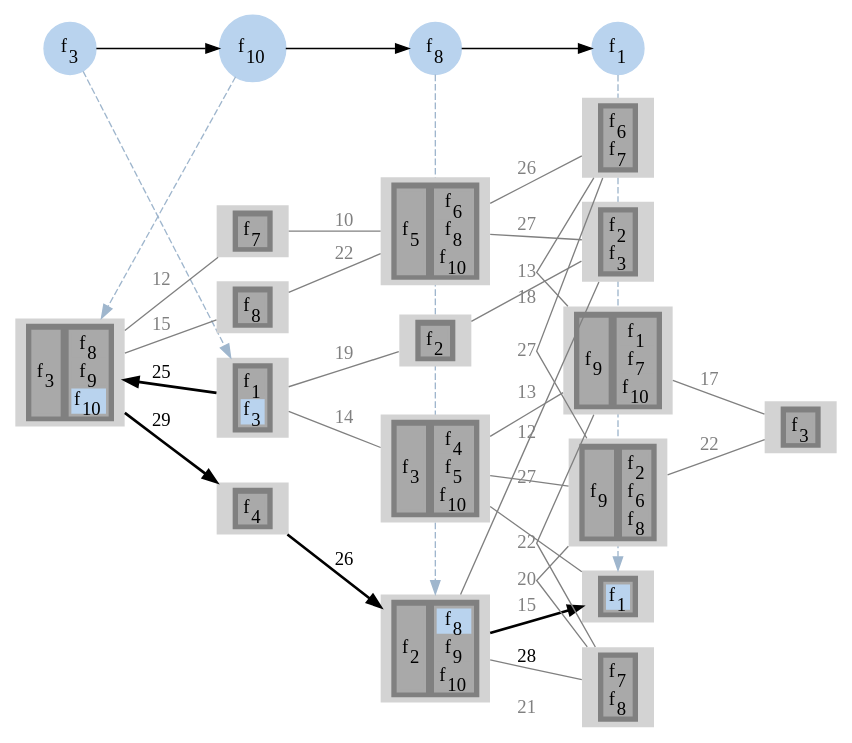
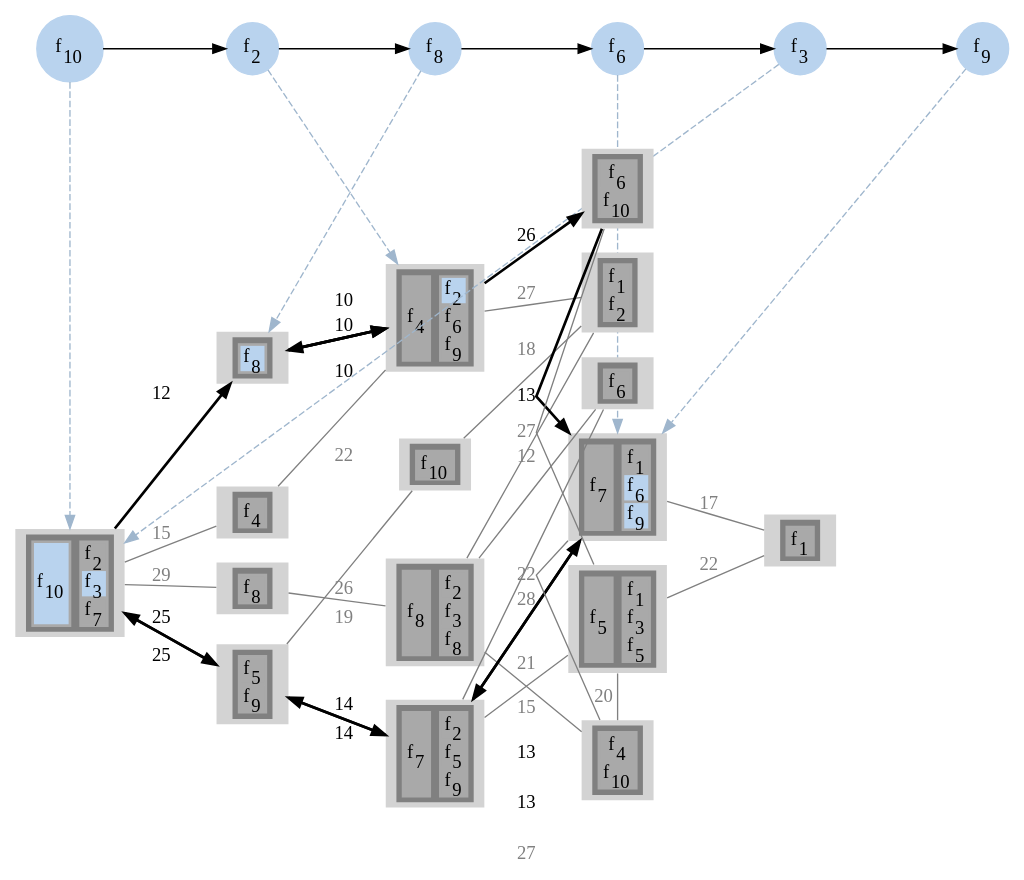
Before and after one commit to prateekshyap/SFC_Placement_in_VNF: the diagram in output/sevenReliabilityOne/gv/sfcAssgn16.gv, drawn with Graphviz. The commit also changed 27 other files, not shown here.

```diff
--- a/output/sevenReliabilityOne/gv/sfcAssgn16.gv
+++ b/output/sevenReliabilityOne/gv/sfcAssgn16.gv
@@ -5,17 +5,23 @@
 subgraph sfc
 {
 node [shape=circle]
+{rank = same; f10; };
+{rank = same; f2; };
+{rank = same; f8; };
+{rank = same; f6; };
 {rank = same; f3; };
-{rank = same; f10; };
-{rank = same; f8; };
-{rank = same; f1; };
+{rank = same; f9; };
+f10[style=filled label=<f<SUB>10</SUB>> color="slategray2"]
+f2[style=filled label=<f<SUB>2</SUB>> color="slategray2"]
+f8[style=filled label=<f<SUB>8</SUB>> color="slategray2"]
+f6[style=filled label=<f<SUB>6</SUB>> color="slategray2"]
 f3[style=filled label=<f<SUB>3</SUB>> color="slategray2"]
-f10[style=filled label=<f<SUB>10</SUB>> color="slategray2"]
-f8[style=filled label=<f<SUB>8</SUB>> color="slategray2"]
-f1[style=filled label=<f<SUB>1</SUB>> color="slategray2"]
-f3 -> f10
-f10 -> f8
-f8 -> f1
+f9[style=filled label=<f<SUB>9</SUB>> color="slategray2"]
+f10 -> f2
+f2 -> f8
+f8 -> f6
+f6 -> f3
+f3 -> f9
 }
 subgraph network
 {
@@ -25,14 +31,120 @@
 {rank = same; 4; 6; 7; 9; };
 {rank = same; 5; 11; 10; 14; 12; 13; };
 {rank = same; 16; };
-8[style=filled
+1[style=filled
 label=<
 <TABLE BORDER="0" BGCOLOR="gray">
 <TR>
 <TD>
 <TABLE BORDER="0" BGCOLOR="darkgray">
-<TR><TD PORT="f3" BGCOLOR="darkgray">f<SUB>1</SUB></TD></TR>
+<TR><TD PORT="f35" BGCOLOR="slategray2">f<SUB>10</SUB></TD></TR>
+</TABLE>
+</TD>
+<TD>
+<TABLE BORDER="0" BGCOLOR="darkgray">
+<TR><TD PORT="f7" BGCOLOR="darkgray">f<SUB>2</SUB></TD></TR>
 <TR><TD PORT="f11" BGCOLOR="slategray2">f<SUB>3</SUB></TD></TR>
+<TR><TD PORT="f26" BGCOLOR="darkgray">f<SUB>7</SUB></TD></TR>
+</TABLE>
+</TD>
+</TR>
+</TABLE>>]
+
+4[style=filled
+label=<
+<TABLE BORDER="0" BGCOLOR="gray">
+<TR>
+<TD>
+<TABLE BORDER="0" BGCOLOR="darkgray">
+<TR><TD PORT="f15" BGCOLOR="darkgray">f<SUB>4</SUB></TD></TR>
+</TABLE>
+</TD>
+<TD>
+<TABLE BORDER="0" BGCOLOR="darkgray">
+<TR><TD PORT="f8" BGCOLOR="slategray2">f<SUB>2</SUB></TD></TR>
+<TR><TD PORT="f21" BGCOLOR="darkgray">f<SUB>6</SUB></TD></TR>
+<TR><TD PORT="f31" BGCOLOR="darkgray">f<SUB>9</SUB></TD></TR>
+</TABLE>
+</TD>
+</TR>
+</TABLE>>]
+
+4[style=filled
+label=<
+<TABLE BORDER="0" BGCOLOR="gray">
+<TR>
+<TD>
+<TABLE BORDER="0" BGCOLOR="darkgray">
+<TR><TD PORT="f15" BGCOLOR="darkgray">f<SUB>4</SUB></TD></TR>
+</TABLE>
+</TD>
+<TD>
+<TABLE BORDER="0" BGCOLOR="darkgray">
+<TR><TD PORT="f8" BGCOLOR="slategray2">f<SUB>2</SUB></TD></TR>
+<TR><TD PORT="f21" BGCOLOR="darkgray">f<SUB>6</SUB></TD></TR>
+<TR><TD PORT="f31" BGCOLOR="darkgray">f<SUB>9</SUB></TD></TR>
+</TABLE>
+</TD>
+</TR>
+</TABLE>>]
+
+2[style=filled
+label=<
+<TABLE BORDER="0" BGCOLOR="gray">
+<TR>
+<TD>
+<TABLE BORDER="0" BGCOLOR="darkgray">
+<TR><TD PORT="f28" BGCOLOR="slategray2">f<SUB>8</SUB></TD></TR>
+</TABLE>
+</TD>
+</TR>
+</TABLE>>]
+
+2[style=filled
+label=<
+<TABLE BORDER="0" BGCOLOR="gray">
+<TR>
+<TD>
+<TABLE BORDER="0" BGCOLOR="darkgray">
+<TR><TD PORT="f28" BGCOLOR="slategray2">f<SUB>8</SUB></TD></TR>
+</TABLE>
+</TD>
+</TR>
+</TABLE>>]
+
+12[style=filled
+label=<
+<TABLE BORDER="0" BGCOLOR="gray">
+<TR>
+<TD>
+<TABLE BORDER="0" BGCOLOR="darkgray">
+<TR><TD PORT="f25" BGCOLOR="darkgray">f<SUB>7</SUB></TD></TR>
+</TABLE>
+</TD>
+<TD>
+<TABLE BORDER="0" BGCOLOR="darkgray">
+<TR><TD PORT="f2" BGCOLOR="darkgray">f<SUB>1</SUB></TD></TR>
+<TR><TD PORT="f22" BGCOLOR="slategray2">f<SUB>6</SUB></TD></TR>
+<TR><TD PORT="f33" BGCOLOR="slategray2">f<SUB>9</SUB></TD></TR>
+</TABLE>
+</TD>
+</TR>
+</TABLE>>]
+
+12[style=filled
+label=<
+<TABLE BORDER="0" BGCOLOR="gray">
+<TR>
+<TD>
+<TABLE BORDER="0" BGCOLOR="darkgray">
+<TR><TD PORT="f25" BGCOLOR="darkgray">f<SUB>7</SUB></TD></TR>
+</TABLE>
+</TD>
+<TD>
+<TABLE BORDER="0" BGCOLOR="darkgray">
+<TR><TD PORT="f2" BGCOLOR="darkgray">f<SUB>1</SUB></TD></TR>
+<TR><TD PORT="f22" BGCOLOR="slategray2">f<SUB>6</SUB></TD></TR>
+<TR><TD PORT="f33" BGCOLOR="slategray2">f<SUB>9</SUB></TD></TR>
 </TABLE>
 </TD>
 </TR>
@@ -44,33 +156,51 @@
 <TR>
 <TD>
 <TABLE BORDER="0" BGCOLOR="darkgray">
-<TR><TD PORT="f10" BGCOLOR="darkgray">f<SUB>3</SUB></TD></TR>
+<TR><TD PORT="f35" BGCOLOR="slategray2">f<SUB>10</SUB></TD></TR>
 </TABLE>
 </TD>
 <TD>
 <TABLE BORDER="0" BGCOLOR="darkgray">
-<TR><TD PORT="f28" BGCOLOR="darkgray">f<SUB>8</SUB></TD></TR>
-<TR><TD PORT="f32" BGCOLOR="darkgray">f<SUB>9</SUB></TD></TR>
-<TR><TD PORT="f36" BGCOLOR="slategray2">f<SUB>10</SUB></TD></TR>
+<TR><TD PORT="f7" BGCOLOR="darkgray">f<SUB>2</SUB></TD></TR>
+<TR><TD PORT="f11" BGCOLOR="slategray2">f<SUB>3</SUB></TD></TR>
+<TR><TD PORT="f26" BGCOLOR="darkgray">f<SUB>7</SUB></TD></TR>
 </TABLE>
 </TD>
 </TR>
 </TABLE>>]
 
-1[style=filled
+3[style=filled
 label=<
 <TABLE BORDER="0" BGCOLOR="gray">
 <TR>
 <TD>
 <TABLE BORDER="0" BGCOLOR="darkgray">
-<TR><TD PORT="f10" BGCOLOR="darkgray">f<SUB>3</SUB></TD></TR>
+<TR><TD PORT="f29" BGCOLOR="darkgray">f<SUB>8</SUB></TD></TR>
 </TABLE>
 </TD>
+</TR>
+</TABLE>>]
+
+8[style=filled
+label=<
+<TABLE BORDER="0" BGCOLOR="gray">
+<TR>
 <TD>
 <TABLE BORDER="0" BGCOLOR="darkgray">
-<TR><TD PORT="f28" BGCOLOR="darkgray">f<SUB>8</SUB></TD></TR>
-<TR><TD PORT="f32" BGCOLOR="darkgray">f<SUB>9</SUB></TD></TR>
-<TR><TD PORT="f36" BGCOLOR="slategray2">f<SUB>10</SUB></TD></TR>
+<TR><TD PORT="f17" BGCOLOR="darkgray">f<SUB>5</SUB></TD></TR>
+<TR><TD PORT="f34" BGCOLOR="darkgray">f<SUB>9</SUB></TD></TR>
+</TABLE>
+</TD>
+</TR>
+</TABLE>>]
+
+15[style=filled
+label=<
+<TABLE BORDER="0" BGCOLOR="gray">
+<TR>
+<TD>
+<TABLE BORDER="0" BGCOLOR="darkgray">
+<TR><TD PORT="f14" BGCOLOR="darkgray">f<SUB>4</SUB></TD></TR>
 </TABLE>
 </TD>
 </TR>
@@ -82,33 +212,52 @@
 <TR>
 <TD>
 <TABLE BORDER="0" BGCOLOR="darkgray">
-<TR><TD PORT="f6" BGCOLOR="darkgray">f<SUB>2</SUB></TD></TR>
+<TR><TD PORT="f27" BGCOLOR="darkgray">f<SUB>8</SUB></TD></TR>
 </TABLE>
 </TD>
 <TD>
 <TABLE BORDER="0" BGCOLOR="darkgray">
-<TR><TD PORT="f24" BGCOLOR="slategray2">f<SUB>8</SUB></TD></TR>
-<TR><TD PORT="f30" BGCOLOR="darkgray">f<SUB>9</SUB></TD></TR>
-<TR><TD PORT="f34" BGCOLOR="darkgray">f<SUB>10</SUB></TD></TR>
+<TR><TD PORT="f9" BGCOLOR="darkgray">f<SUB>2</SUB></TD></TR>
+<TR><TD PORT="f10" BGCOLOR="darkgray">f<SUB>3</SUB></TD></TR>
+<TR><TD PORT="f30" BGCOLOR="darkgray">f<SUB>8</SUB></TD></TR>
 </TABLE>
 </TD>
 </TR>
 </TABLE>>]
 
-6[style=filled
+5[style=filled
 label=<
 <TABLE BORDER="0" BGCOLOR="gray">
 <TR>
 <TD>
 <TABLE BORDER="0" BGCOLOR="darkgray">
-<TR><TD PORT="f6" BGCOLOR="darkgray">f<SUB>2</SUB></TD></TR>
+<TR><TD PORT="f1" BGCOLOR="darkgray">f<SUB>1</SUB></TD></TR>
+<TR><TD PORT="f5" BGCOLOR="darkgray">f<SUB>2</SUB></TD></TR>
 </TABLE>
 </TD>
+</TR>
+</TABLE>>]
+
+11[style=filled
+label=<
+<TABLE BORDER="0" BGCOLOR="gray">
+<TR>
 <TD>
 <TABLE BORDER="0" BGCOLOR="darkgray">
-<TR><TD PORT="f24" BGCOLOR="slategray2">f<SUB>8</SUB></TD></TR>
-<TR><TD PORT="f30" BGCOLOR="darkgray">f<SUB>9</SUB></TD></TR>
-<TR><TD PORT="f34" BGCOLOR="darkgray">f<SUB>10</SUB></TD></TR>
+<TR><TD PORT="f23" BGCOLOR="darkgray">f<SUB>6</SUB></TD></TR>
+<TR><TD PORT="f38" BGCOLOR="darkgray">f<SUB>10</SUB></TD></TR>
+</TABLE>
+</TD>
+</TR>
+</TABLE>>]
+
+7[style=filled
+label=<
+<TABLE BORDER="0" BGCOLOR="gray">
+<TR>
+<TD>
+<TABLE BORDER="0" BGCOLOR="darkgray">
+<TR><TD PORT="f37" BGCOLOR="darkgray">f<SUB>10</SUB></TD></TR>
 </TABLE>
 </TD>
 </TR>
@@ -120,100 +269,7 @@
 <TR>
 <TD>
 <TABLE BORDER="0" BGCOLOR="darkgray">
-<TR><TD PORT="f2" BGCOLOR="slategray2">f<SUB>1</SUB></TD></TR>
-</TABLE>
-</TD>
-</TR>
-</TABLE>>]
-
-2[style=filled
-label=<
-<TABLE BORDER="0" BGCOLOR="gray">
-<TR>
-<TD>
-<TABLE BORDER="0" BGCOLOR="darkgray">
-<TR><TD PORT="f21" BGCOLOR="darkgray">f<SUB>7</SUB></TD></TR>
-</TABLE>
-</TD>
-</TR>
-</TABLE>>]
-
-3[style=filled
-label=<
-<TABLE BORDER="0" BGCOLOR="gray">
-<TR>
-<TD>
-<TABLE BORDER="0" BGCOLOR="darkgray">
-<TR><TD PORT="f14" BGCOLOR="darkgray">f<SUB>4</SUB></TD></TR>
-</TABLE>
-</TD>
-</TR>
-</TABLE>>]
-
-15[style=filled
-label=<
-<TABLE BORDER="0" BGCOLOR="gray">
-<TR>
-<TD>
-<TABLE BORDER="0" BGCOLOR="darkgray">
-<TR><TD PORT="f29" BGCOLOR="darkgray">f<SUB>8</SUB></TD></TR>
-</TABLE>
-</TD>
-</TR>
-</TABLE>>]
-
-4[style=filled
-label=<
-<TABLE BORDER="0" BGCOLOR="gray">
-<TR>
-<TD>
-<TABLE BORDER="0" BGCOLOR="darkgray">
-<TR><TD PORT="f16" BGCOLOR="darkgray">f<SUB>5</SUB></TD></TR>
-</TABLE>
-</TD>
-<TD>
-<TABLE BORDER="0" BGCOLOR="darkgray">
-<TR><TD PORT="f19" BGCOLOR="darkgray">f<SUB>6</SUB></TD></TR>
-<TR><TD PORT="f26" BGCOLOR="darkgray">f<SUB>8</SUB></TD></TR>
-<TR><TD PORT="f38" BGCOLOR="darkgray">f<SUB>10</SUB></TD></TR>
-</TABLE>
-</TD>
-</TR>
-</TABLE>>]
-
-5[style=filled
-label=<
-<TABLE BORDER="0" BGCOLOR="gray">
-<TR>
-<TD>
-<TABLE BORDER="0" BGCOLOR="darkgray">
-<TR><TD PORT="f4" BGCOLOR="darkgray">f<SUB>2</SUB></TD></TR>
-<TR><TD PORT="f8" BGCOLOR="darkgray">f<SUB>3</SUB></TD></TR>
-</TABLE>
-</TD>
-</TR>
-</TABLE>>]
-
-11[style=filled
-label=<
-<TABLE BORDER="0" BGCOLOR="gray">
-<TR>
-<TD>
-<TABLE BORDER="0" BGCOLOR="darkgray">
-<TR><TD PORT="f18" BGCOLOR="darkgray">f<SUB>6</SUB></TD></TR>
-<TR><TD PORT="f22" BGCOLOR="darkgray">f<SUB>7</SUB></TD></TR>
-</TABLE>
-</TD>
-</TR>
-</TABLE>>]
-
-7[style=filled
-label=<
-<TABLE BORDER="0" BGCOLOR="gray">
-<TR>
-<TD>
-<TABLE BORDER="0" BGCOLOR="darkgray">
-<TR><TD PORT="f7" BGCOLOR="darkgray">f<SUB>2</SUB></TD></TR>
+<TR><TD PORT="f20" BGCOLOR="darkgray">f<SUB>6</SUB></TD></TR>
 </TABLE>
 </TD>
 </TR>
@@ -225,8 +281,8 @@
 <TR>
 <TD>
 <TABLE BORDER="0" BGCOLOR="darkgray">
-<TR><TD PORT="f20" BGCOLOR="darkgray">f<SUB>7</SUB></TD></TR>
-<TR><TD PORT="f27" BGCOLOR="darkgray">f<SUB>8</SUB></TD></TR>
+<TR><TD PORT="f13" BGCOLOR="darkgray">f<SUB>4</SUB></TD></TR>
+<TR><TD PORT="f36" BGCOLOR="darkgray">f<SUB>10</SUB></TD></TR>
 </TABLE>
 </TD>
 </TR>
@@ -238,33 +294,14 @@
 <TR>
 <TD>
 <TABLE BORDER="0" BGCOLOR="darkgray">
-<TR><TD PORT="f9" BGCOLOR="darkgray">f<SUB>3</SUB></TD></TR>
+<TR><TD PORT="f24" BGCOLOR="darkgray">f<SUB>7</SUB></TD></TR>
 </TABLE>
 </TD>
 <TD>
 <TABLE BORDER="0" BGCOLOR="darkgray">
-<TR><TD PORT="f13" BGCOLOR="darkgray">f<SUB>4</SUB></TD></TR>
-<TR><TD PORT="f15" BGCOLOR="darkgray">f<SUB>5</SUB></TD></TR>
-<TR><TD PORT="f35" BGCOLOR="darkgray">f<SUB>10</SUB></TD></TR>
-</TABLE>
-</TD>
-</TR>
-</TABLE>>]
-
-12[style=filled
-label=<
-<TABLE BORDER="0" BGCOLOR="gray">
-<TR>
-<TD>
-<TABLE BORDER="0" BGCOLOR="darkgray">
-<TR><TD PORT="f33" BGCOLOR="darkgray">f<SUB>9</SUB></TD></TR>
-</TABLE>
-</TD>
-<TD>
-<TABLE BORDER="0" BGCOLOR="darkgray">
-<TR><TD PORT="f1" BGCOLOR="darkgray">f<SUB>1</SUB></TD></TR>
-<TR><TD PORT="f23" BGCOLOR="darkgray">f<SUB>7</SUB></TD></TR>
-<TR><TD PORT="f37" BGCOLOR="darkgray">f<SUB>10</SUB></TD></TR>
+<TR><TD PORT="f6" BGCOLOR="darkgray">f<SUB>2</SUB></TD></TR>
+<TR><TD PORT="f16" BGCOLOR="darkgray">f<SUB>5</SUB></TD></TR>
+<TR><TD PORT="f32" BGCOLOR="darkgray">f<SUB>9</SUB></TD></TR>
 </TABLE>
 </TD>
 </TR>
@@ -276,14 +313,14 @@
 <TR>
 <TD>
 <TABLE BORDER="0" BGCOLOR="darkgray">
-<TR><TD PORT="f31" BGCOLOR="darkgray">f<SUB>9</SUB></TD></TR>
+<TR><TD PORT="f18" BGCOLOR="darkgray">f<SUB>5</SUB></TD></TR>
 </TABLE>
 </TD>
 <TD>
 <TABLE BORDER="0" BGCOLOR="darkgray">
-<TR><TD PORT="f5" BGCOLOR="darkgray">f<SUB>2</SUB></TD></TR>
-<TR><TD PORT="f17" BGCOLOR="darkgray">f<SUB>6</SUB></TD></TR>
-<TR><TD PORT="f25" BGCOLOR="darkgray">f<SUB>8</SUB></TD></TR>
+<TR><TD PORT="f3" BGCOLOR="darkgray">f<SUB>1</SUB></TD></TR>
+<TR><TD PORT="f12" BGCOLOR="darkgray">f<SUB>3</SUB></TD></TR>
+<TR><TD PORT="f19" BGCOLOR="darkgray">f<SUB>5</SUB></TD></TR>
 </TABLE>
 </TD>
 </TR>
@@ -295,31 +332,36 @@
 <TR>
 <TD>
 <TABLE BORDER="0" BGCOLOR="darkgray">
-<TR><TD PORT="f12" BGCOLOR="darkgray">f<SUB>3</SUB></TD></TR>
+<TR><TD PORT="f4" BGCOLOR="darkgray">f<SUB>1</SUB></TD></TR>
 </TABLE>
 </TD>
 </TR>
 </TABLE>>]
 
+1 -> 2[label="12" color="black" penwidth=2]
+2 -> 4[label="10" color="black" penwidth=2]
+4 -> 2[label="10" color="black" penwidth=2]
+2 -> 4[label="10" color="black" penwidth=2]
+4 -> 11[label="26" color="black" penwidth=2]
+11 -> 12[label="13" color="black" penwidth=2]
+12 -> 9[label="13" color="black" penwidth=2]
+9 -> 8[label="14" color="black" penwidth=2]
 8 -> 1[label="25" color="black" penwidth=2]
-1 -> 3[label="29" color="black" penwidth=2]
-3 -> 6[label="26" color="black" penwidth=2]
-6 -> 10[label="28" color="black" penwidth=2]
-1 -> 2[label="12" color="gray" fontcolor="gray" dir = none]
+1 -> 8[label="25" color="black" penwidth=2]
+8 -> 9[label="14" color="black" penwidth=2]
+9 -> 12[label="13" color="black" penwidth=2]
+1 -> 3[label="29" color="gray" fontcolor="gray" dir = none]
 1 -> 15[label="15" color="gray" fontcolor="gray" dir = none]
-2 -> 4[label="10" color="gray" fontcolor="gray" dir = none]
+3 -> 6[label="26" color="gray" fontcolor="gray" dir = none]
 4 -> 5[label="27" color="gray" fontcolor="gray" dir = none]
-4 -> 11[label="26" color="gray" fontcolor="gray" dir = none]
 4 -> 15[label="22" color="gray" fontcolor="gray" dir = none]
 5 -> 6[label="12" color="gray" fontcolor="gray" dir = none]
 5 -> 7[label="18" color="gray" fontcolor="gray" dir = none]
+6 -> 10[label="28" color="gray" fontcolor="gray" dir = none]
 6 -> 14[label="21" color="gray" fontcolor="gray" dir = none]
 7 -> 8[label="19" color="gray" fontcolor="gray" dir = none]
-8 -> 9[label="14" color="gray" fontcolor="gray" dir = none]
 9 -> 10[label="15" color="gray" fontcolor="gray" dir = none]
-9 -> 12[label="13" color="gray" fontcolor="gray" dir = none]
 9 -> 13[label="27" color="gray" fontcolor="gray" dir = none]
-11 -> 12[label="13" color="gray" fontcolor="gray" dir = none]
 11 -> 13[label="27" color="gray" fontcolor="gray" dir = none]
 12 -> 14[label="22" color="gray" fontcolor="gray" dir = none]
 12 -> 16[label="17" color="gray" fontcolor="gray" dir = none]
@@ -327,8 +369,10 @@
 13 -> 16[label="22" color="gray" fontcolor="gray" dir = none]
 }
 splines=false
-f3 -> 8[color="slategray3" style=dashed constraint=false]
 f10 -> 1[color="slategray3" style=dashed constraint=false]
-f8 -> 6[color="slategray3" style=dashed constraint=false]
-f1 -> 10[color="slategray3" style=dashed constraint=false]
+f2 -> 4[color="slategray3" style=dashed constraint=false]
+f8 -> 2[color="slategray3" style=dashed constraint=false]
+f6 -> 12[color="slategray3" style=dashed constraint=false]
+f3 -> 1[color="slategray3" style=dashed constraint=false]
+f9 -> 12[color="slategray3" style=dashed constraint=false]
 }
```
